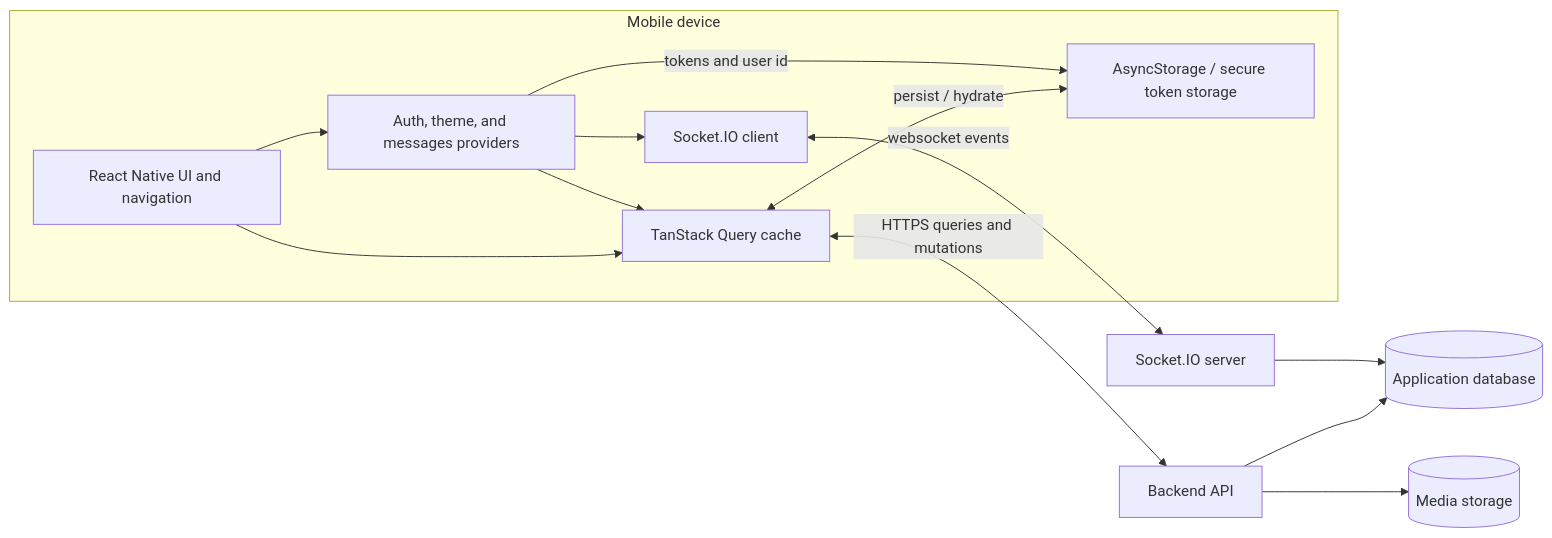
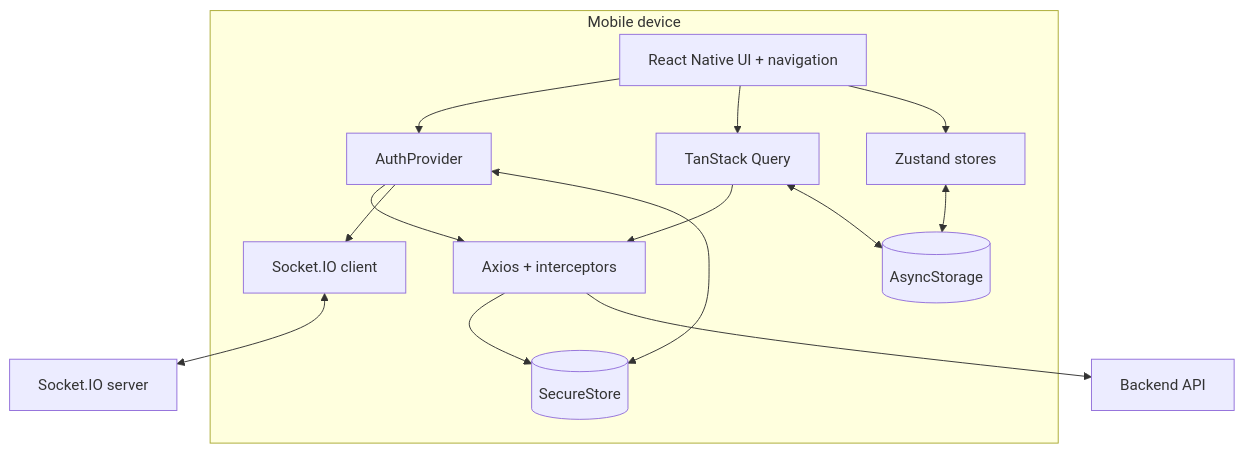
One commit to kobihanoch/Strong-Together-App changed the second of 3 diagrams in docs/c4-architecture-overview.md. Above: the diagram before and after it, drawn with Mermaid. The commit also changed other lines of this file and 15 other files, not shown here.

````diff
--- a/docs/c4-architecture-overview.md
+++ b/docs/c4-architecture-overview.md
@@ -36,27 +23,25 @@
 ```mermaid
-flowchart LR
-  subgraph Device[Mobile device]
-    UI[React Native UI and navigation]
-    Providers[Auth, theme, and messages providers]
-    Query[TanStack Query cache]
-    Local[AsyncStorage / secure token storage]
-    SocketClient[Socket.IO client]
-  end
-
-  API[Backend API]
-  SocketServer[Socket.IO server]
-  DB[(Application database)]
-  ObjectStorage[(Media storage)]
-
-  UI --> Providers
-  UI --> Query
-  Providers --> Query
-  Query <-->|persist / hydrate| Local
-  Providers -->|tokens and user id| Local
-  Query <-->|HTTPS queries and mutations| API
-  Providers --> SocketClient
-  SocketClient <-->|websocket events| SocketServer
-  API --> DB
-  SocketServer --> DB
-  API --> ObjectStorage
+flowchart TB
+    subgraph Device[Mobile device]
+        UI[React Native UI + navigation]
+        Auth[AuthProvider]
+        Query[TanStack Query]
+        Stores[Zustand stores]
+        HTTP[Axios + interceptors]
+        Socket[Socket.IO client]
+        Secure[(SecureStore)]
+        Async[(AsyncStorage)]
+    end
+    UI --> Auth
+    UI --> Query
+    UI --> Stores
+    Query --> HTTP
+    Auth --> HTTP
+    Auth --> Socket
+    Auth <--> Secure
+    HTTP --> Secure
+    Query <--> Async
+    Stores <--> Async
+    HTTP --> API[Backend API]
+    Socket <--> Realtime[Socket.IO server]
 ```
````
